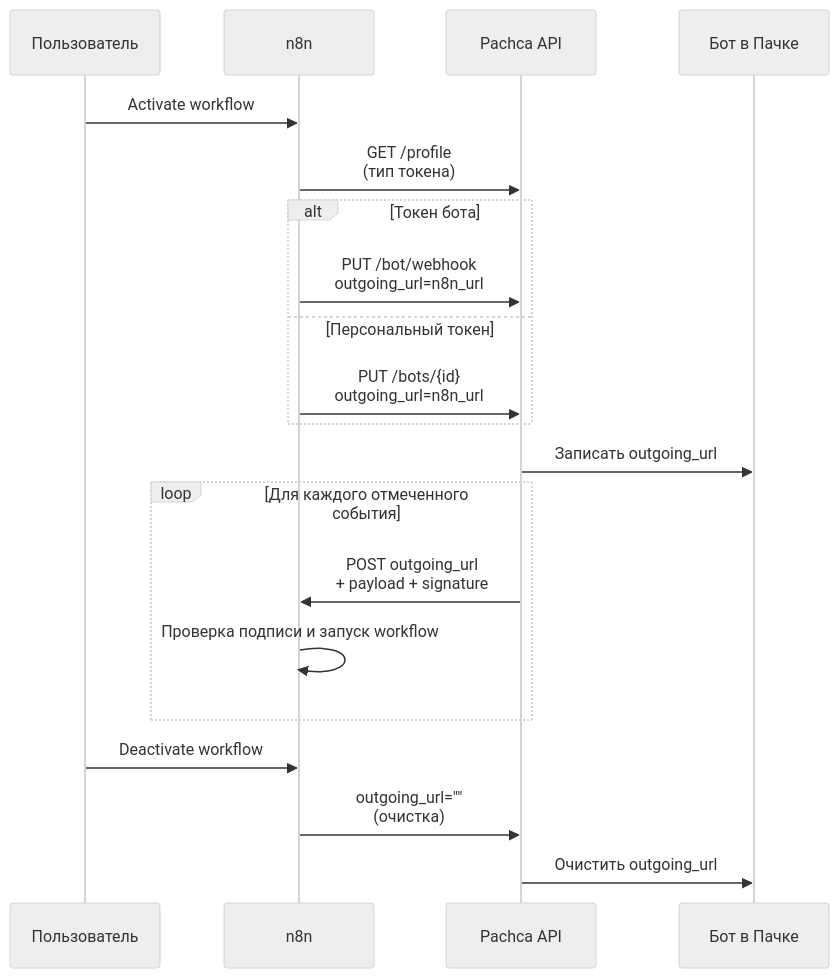
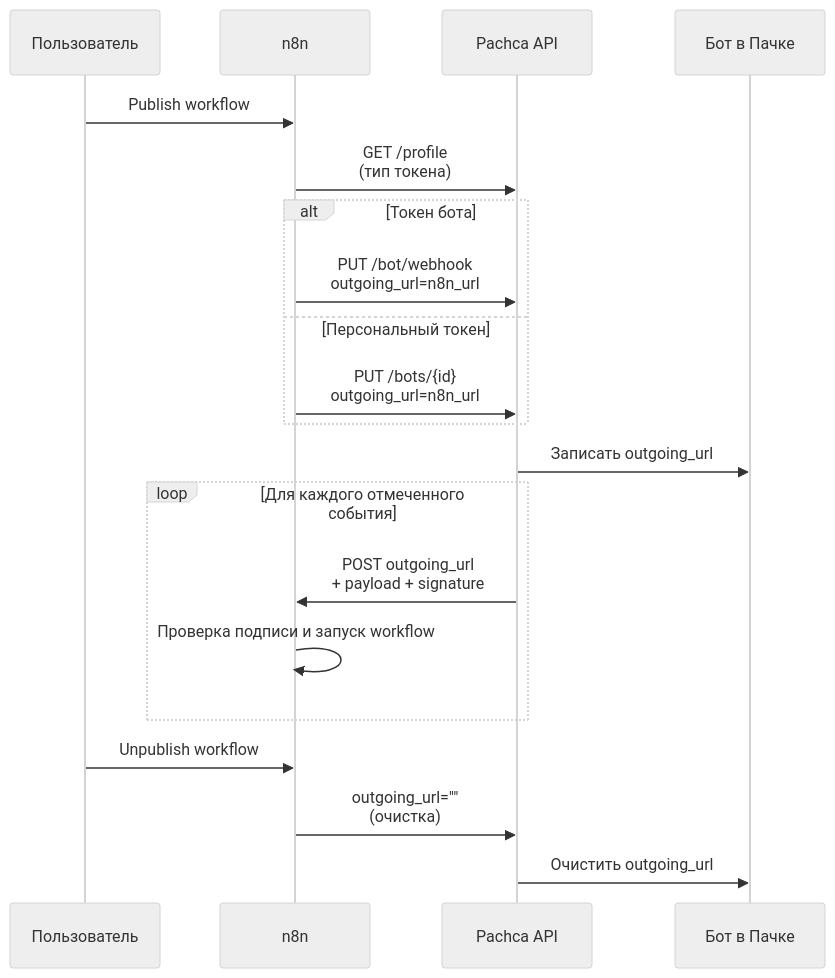
The diagram in apps/docs/public/guides/n8n/trigger.md (pachca/openapi), drawn with Mermaid (neutral theme) before and after one commit. The commit also changed other lines of this file and 573 other files, not shown here.

````diff
--- a/apps/docs/public/guides/n8n/trigger.md
+++ b/apps/docs/public/guides/n8n/trigger.md
@@ -199,25 +201,25 @@
 ```mermaid
 sequenceDiagram
     participant User as Пользователь
     participant n8n
     participant Pachca as Pachca API
     participant Bot as Бот в Пачке
 
-    User->>n8n: Activate workflow
+    User->>n8n: Publish workflow
     n8n->>Pachca: GET /profile<br/>(тип токена)
     alt Токен бота
         n8n->>Pachca: PUT /bot/webhook<br/>outgoing_url=n8n_url
     else Персональный токен
         n8n->>Pachca: PUT /bots/{id}<br/>outgoing_url=n8n_url
     end
     Pachca->>Bot: Записать outgoing_url
 
     loop Для каждого отмеченного события
         Pachca->>n8n: POST outgoing_url<br/>+ payload + signature
         n8n->>n8n: Проверка подписи и запуск workflow
     end
 
-    User->>n8n: Deactivate workflow
+    User->>n8n: Unpublish workflow
     n8n->>Pachca: outgoing_url=""<br/>(очистка)
     Pachca->>Bot: Очистить outgoing_url
 ```
````
